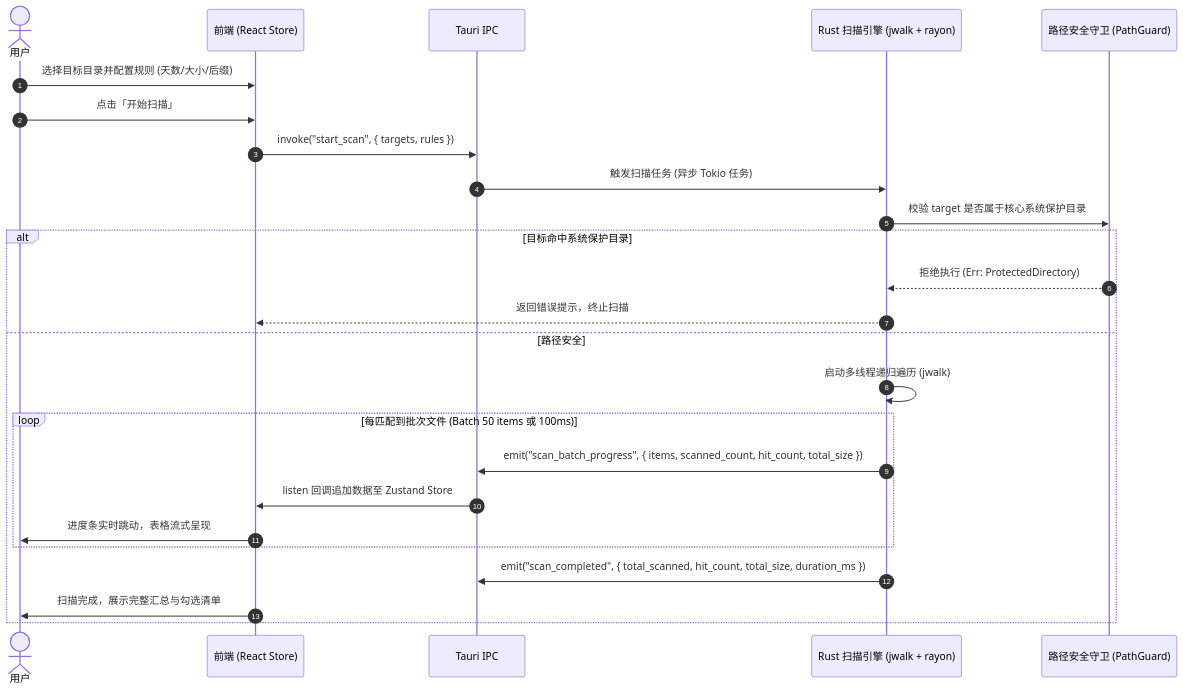
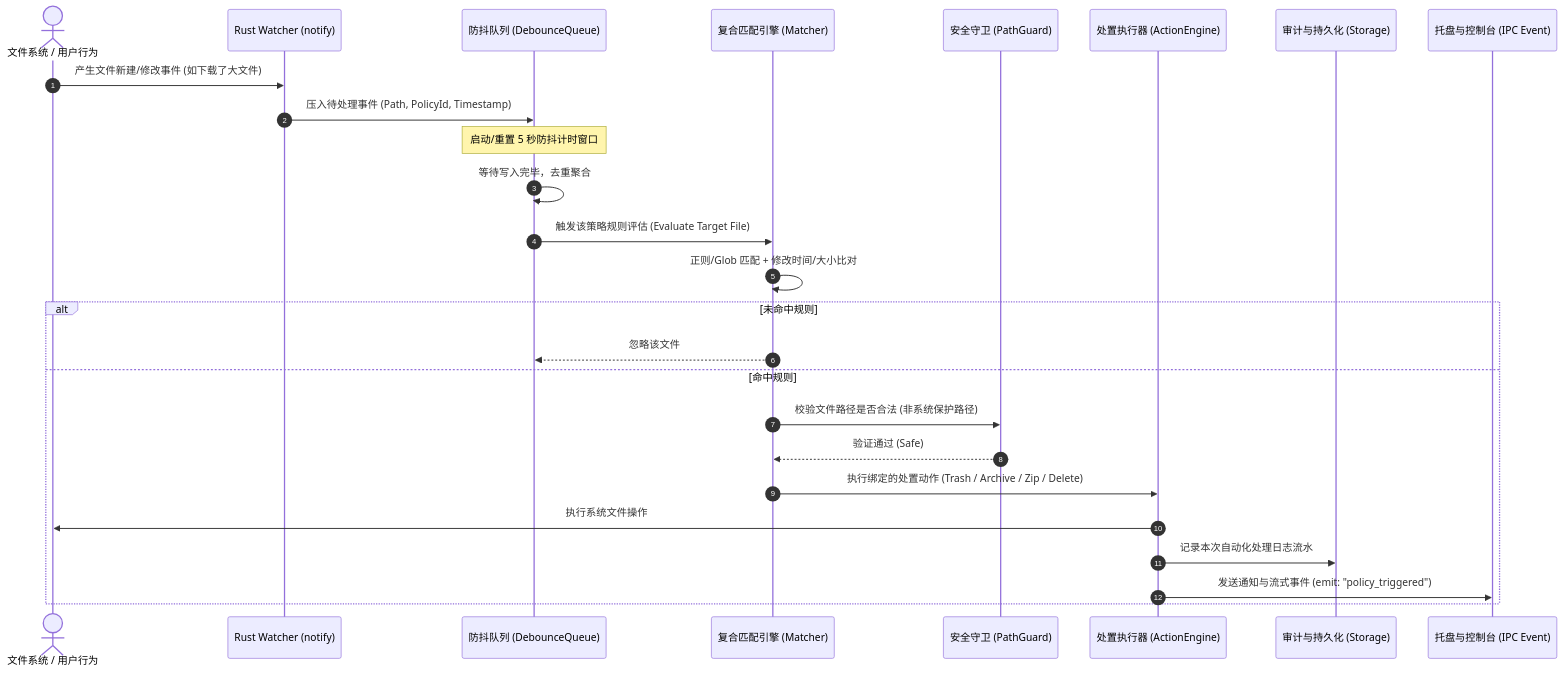
One commit to AubreyHan/PersonalDev changed the second of 4 diagrams in DevDoc/file-purger/ARCHITECTURE.md. Above: the diagram before and after it, drawn with Mermaid. The commit also changed other lines of this file and 169 other files, not shown here.

````diff
--- a/DevDoc/file-purger/ARCHITECTURE.md
+++ b/DevDoc/file-purger/ARCHITECTURE.md
@@ -142,28 +186,30 @@
 ```mermaid
 sequenceDiagram
     autonumber
-    actor User as 用户
-    participant UI as 前端 (React Store)
-    participant IPC as Tauri IPC
-    participant Rust as Rust 扫描引擎 (jwalk + rayon)
-    participant Guard as 路径安全守卫 (PathGuard)
+    actor OS as 文件系统 / 用户行为
+    participant Watcher as Rust Watcher (notify)
+    participant Debounce as 防抖队列 (DebounceQueue)
+    participant Matcher as 复合匹配引擎 (Matcher)
+    participant Guard as 安全守卫 (PathGuard)
+    participant Action as 处置执行器 (ActionEngine)
+    participant Audit as 审计与持久化 (Storage)
+    participant UI as 托盘与控制台 (IPC Event)
 
-    User->>UI: 选择目标目录并配置规则 (天数/大小/后缀)
-    User->>UI: 点击「开始扫描」
-    UI->>IPC: invoke("start_scan", { targets, rules })
-    IPC->>Rust: 触发扫描任务 (异步 Tokio 任务)
-    Rust->>Guard: 校验 target 是否属于核心系统保护目录
-    alt 目标命中系统保护目录
-        Guard-->>Rust: 拒绝执行 (Err: ProtectedDirectory)
-        Rust-->>UI: 返回错误提示，终止扫描
-    else 路径安全
-        Rust->>Rust: 启动多线程递归遍历 (jwalk)
-        loop 每匹配到批次文件 (Batch 50 items 或 100ms)
-            Rust->>IPC: emit("scan_batch_progress", { items, scanned_count, hit_count, total_size })
-            IPC->>UI: listen 回调追加数据至 Zustand Store
-            UI->>User: 进度条实时跳动，表格流式呈现
-        end
-        Rust->>IPC: emit("scan_completed", { total_scanned, hit_count, total_size, duration_ms })
-        UI->>User: 扫描完成，展示完整汇总与勾选清单
+    OS->>Watcher: 产生文件新建/修改事件 (如下载了大文件)
+    Watcher->>Debounce: 压入待处理事件 (Path, PolicyId, Timestamp)
+    Note over Debounce: 启动/重置 5 秒防抖计时窗口
+    Debounce->>Debounce: 等待写入完毕，去重聚合
+    Debounce->>Matcher: 触发该策略规则评估 (Evaluate Target File)
+    
+    Matcher->>Matcher: 正则/Glob 匹配 + 修改时间/大小比对
+    alt 未命中规则
+        Matcher-->>Debounce: 忽略该文件
+    else 命中规则
+        Matcher->>Guard: 校验文件路径是否合法 (非系统保护路径)
+        Guard-->>Matcher: 验证通过 (Safe)
+        Matcher->>Action: 执行绑定的处置动作 (Trash / Archive / Zip / Delete)
+        Action->>OS: 执行系统文件操作
+        Action->>Audit: 记录本次自动化处理日志流水
+        Action->>UI: 发送通知与流式事件 (emit: "policy_triggered")
     end
 ```
````
